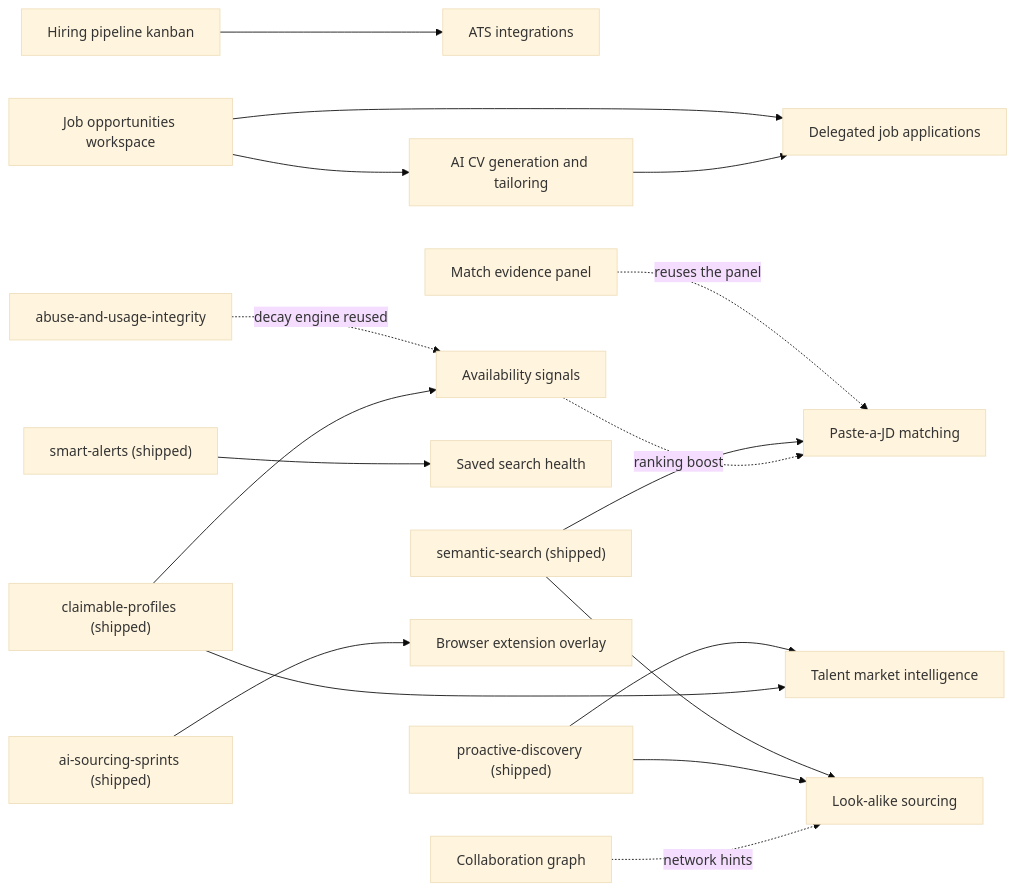
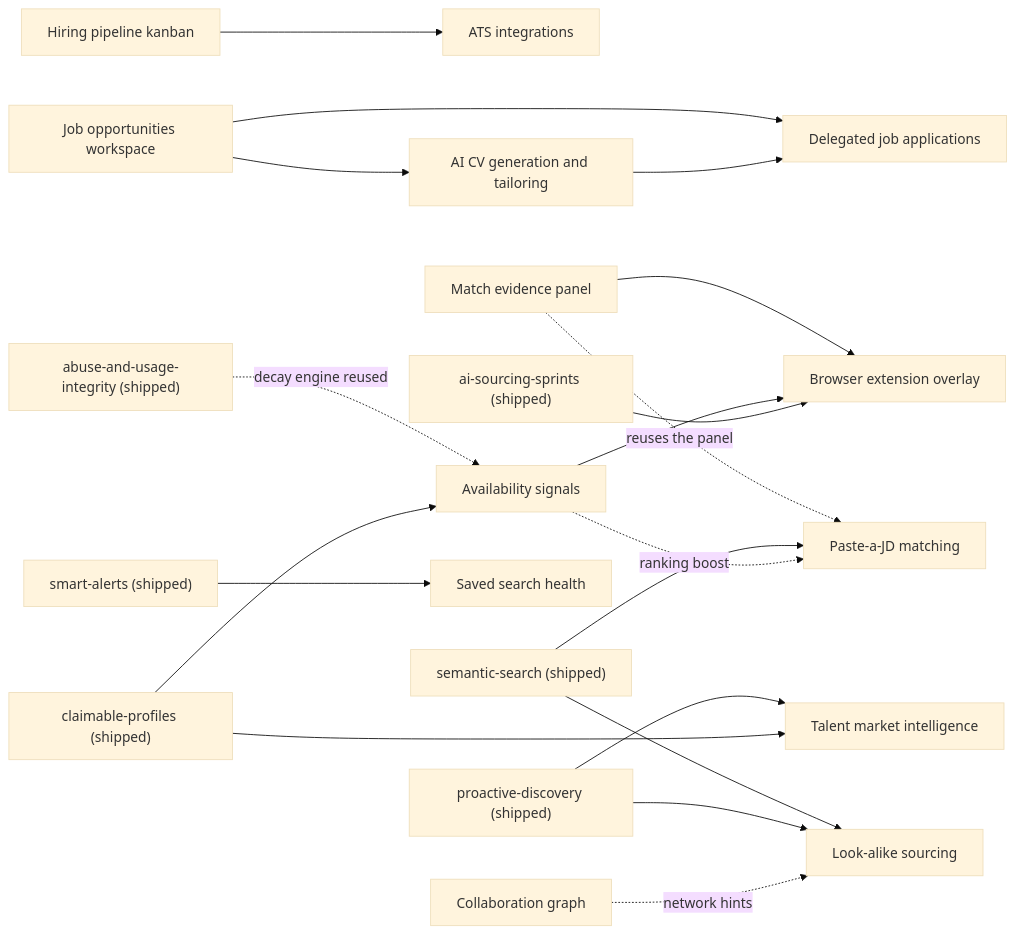
The diagram in plans/phase-2/README.md (eddremonts86/builderhunt), drawn with Mermaid (base theme) before and after one commit. The commit also changed other lines of this file and 50 other files, not shown here.

````diff
--- a/plans/phase-2/README.md
+++ b/plans/phase-2/README.md
@@ -90,21 +106,23 @@
 ```mermaid
 flowchart LR
   PIPELINE["Hiring pipeline kanban"] --> ATS["ATS integrations"]
   EVIDENCE["Match evidence panel"] -. "reuses the panel" .-> JD["Paste-a-JD matching"]
+  EVIDENCE --> EXT["Browser extension overlay"]
+  AVAIL["Availability signals"] --> EXT
   JOBS["Job opportunities workspace"] --> CVS["AI CV generation and tailoring"]
   JOBS --> APPS["Delegated job applications"]
   CVS --> APPS
 
   SEMANTIC["semantic-search (shipped)"] --> JD
   SEMANTIC --> LOOKALIKE["Look-alike sourcing"]
   DISCOVERY["proactive-discovery (shipped)"] --> LOOKALIKE
   DISCOVERY --> MARKET["Talent market intelligence"]
   ALERTS["smart-alerts (shipped)"] --> HEALTH["Saved search health"]
-  ABUSE["abuse-and-usage-integrity"] -. "decay engine reused" .-> AVAIL["Availability signals"]
+  ABUSE["abuse-and-usage-integrity (shipped)"] -. "decay engine reused" .-> AVAIL
   CLAIMS["claimable-profiles (shipped)"] --> AVAIL
   CLAIMS --> MARKET
-  SPRINTS["ai-sourcing-sprints (shipped)"] --> EXT["Browser extension overlay"]
+  SPRINTS["ai-sourcing-sprints (shipped)"] --> EXT
 
   AVAIL -. "ranking boost" .-> JD
   COLLAB["Collaboration graph"] -. "network hints" .-> LOOKALIKE
 ```
````
